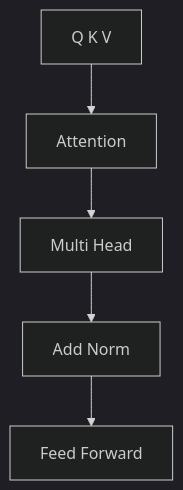
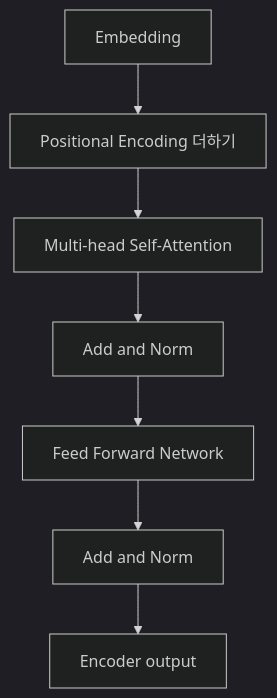
Before and after one commit to umyunsang/edu: the diagram in ComputerScience/03_ai-ml-data/machine-learning/notes/21. Transformer Self-Attention과 블록 구성.md, drawn with Mermaid (dark theme). The commit also changed other lines of this file and 3 other files, not shown here.

````diff
--- a/ComputerScience/03_ai-ml-data/machine-learning/notes/21. Transformer Self-Attention과 블록 구성.md
+++ b/ComputerScience/03_ai-ml-data/machine-learning/notes/21. Transformer Self-Attention과 블록 구성.md
@@ -69,7 +59,9 @@
 ```mermaid
-flowchart TB
-    A[Q K V] --> B[Attention]
-    B --> C[Multi Head]
-    C --> D[Add Norm]
-    D --> E[Feed Forward]
+flowchart TD
+  A["Embedding"] --> B["Positional Encoding 더하기"]
+  B --> C["Multi-head Self-Attention"]
+  C --> D["Add and Norm"]
+  D --> E["Feed Forward Network"]
+  E --> F["Add and Norm"]
+  F --> G["Encoder output"]
 ```
````
